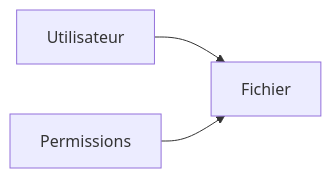
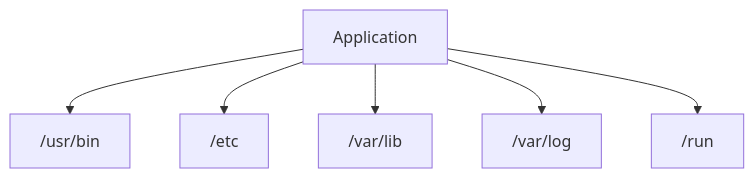
Before and after one commit to tdelaclos/formations: diagram 11 of 15 in campagne 1/1.6.md, drawn with Mermaid. The commit also changed other lines of this file, not shown here.

````diff
--- a/campagne 1/1.6.md
+++ b/campagne 1/1.6.md
@@ -658,12 +697,15 @@
 ```mermaid
-flowchart LR
+flowchart TD
 
-A["Utilisateur"]
+A["Application"]
 
-B["Fichier"]
+A --> B["/usr/bin"]
 
-C["Permissions"]
+A --> C["/etc"]
 
-A --> B
-C --> B
+A --> D["/var/lib"]
+
+A --> E["/var/log"]
+
+A --> F["/run"]
 ```
````
